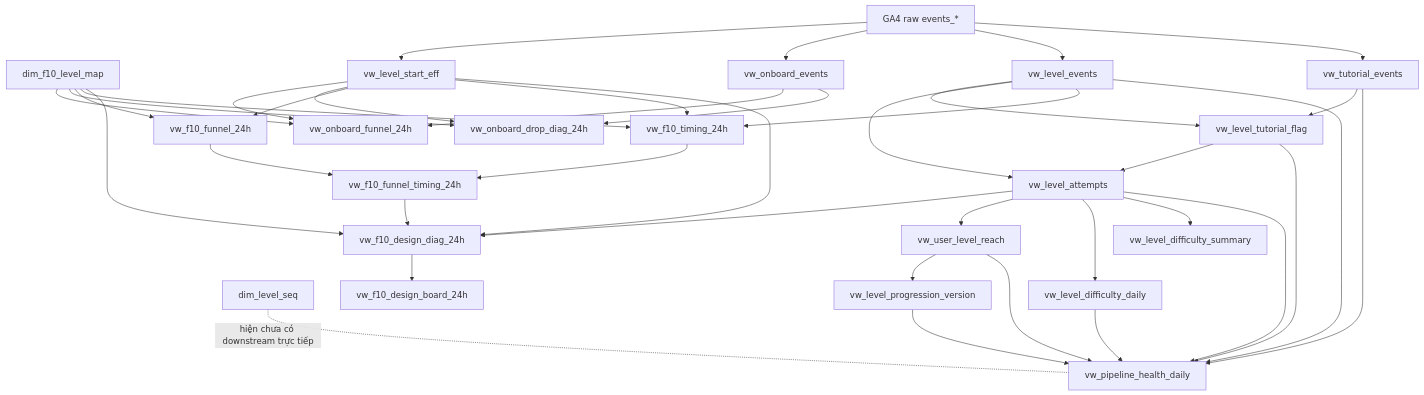
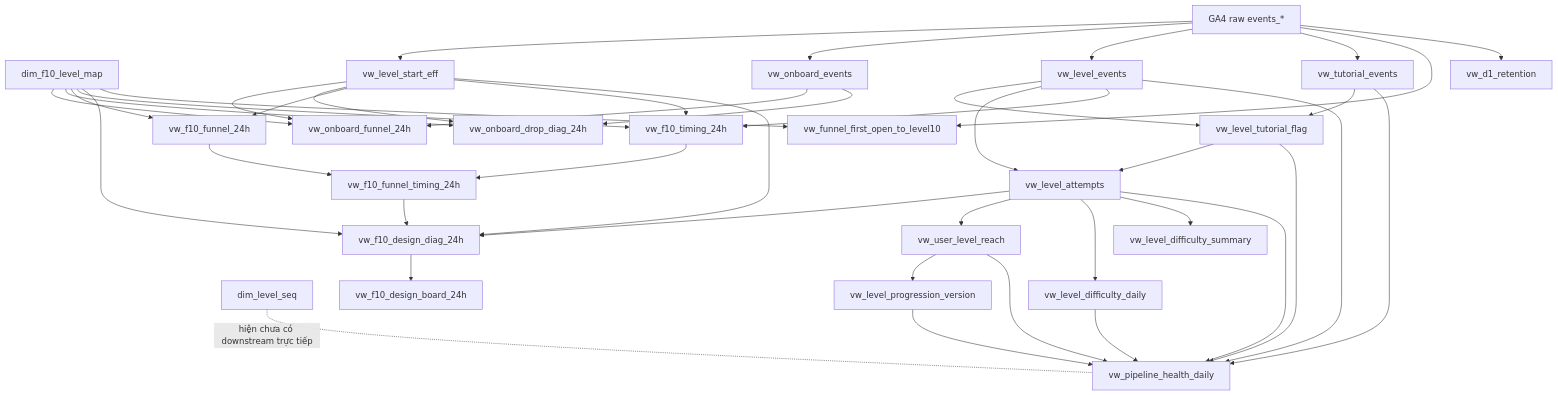
Before and after one commit to mchaulpham/game-analytics-mart-docs: the diagram in docs/graph/mart_dependency_graph.md, drawn with Mermaid. The commit also changed other lines of this file and 5 other files, not shown here.

````diff
--- a/docs/graph/mart_dependency_graph.md
+++ b/docs/graph/mart_dependency_graph.md
@@ -39,11 +47,15 @@
   F10_DESIGN_DIAG["vw_f10_design_diag_24h"]
   F10_DESIGN_BOARD["vw_f10_design_board_24h"]
 
+  FUNNEL_FO_L10["vw_funnel_first_open_to_level10"]
+
   USER_REACH["vw_user_level_reach"]
   DIFF_DAILY["vw_level_difficulty_daily"]
   DIFF_SUMMARY["vw_level_difficulty_summary"]
   PROGRESSION_VERSION["vw_level_progression_version"]
   PIPELINE_HEALTH["vw_pipeline_health_daily"]
+
+  D1_RETENTION["vw_d1_retention"]
 
   RAW --> START_EFF
   RAW --> ONBOARD_EVENTS
@@ -81,6 +93,9 @@
 
   F10_DESIGN_DIAG --> F10_DESIGN_BOARD
 
+  RAW --> FUNNEL_FO_L10
+  DIM_F10 --> FUNNEL_FO_L10
+
   LEVEL_ATTEMPTS --> USER_REACH
   LEVEL_ATTEMPTS --> DIFF_DAILY
   LEVEL_ATTEMPTS --> DIFF_SUMMARY
@@ -95,5 +110,7 @@
   DIFF_DAILY --> PIPELINE_HEALTH
   PROGRESSION_VERSION --> PIPELINE_HEALTH
 
+  RAW --> D1_RETENTION
+
   DIM_SEQ -. "hiện chưa có downstream trực tiếp" .- PIPELINE_HEALTH
 ```
````
